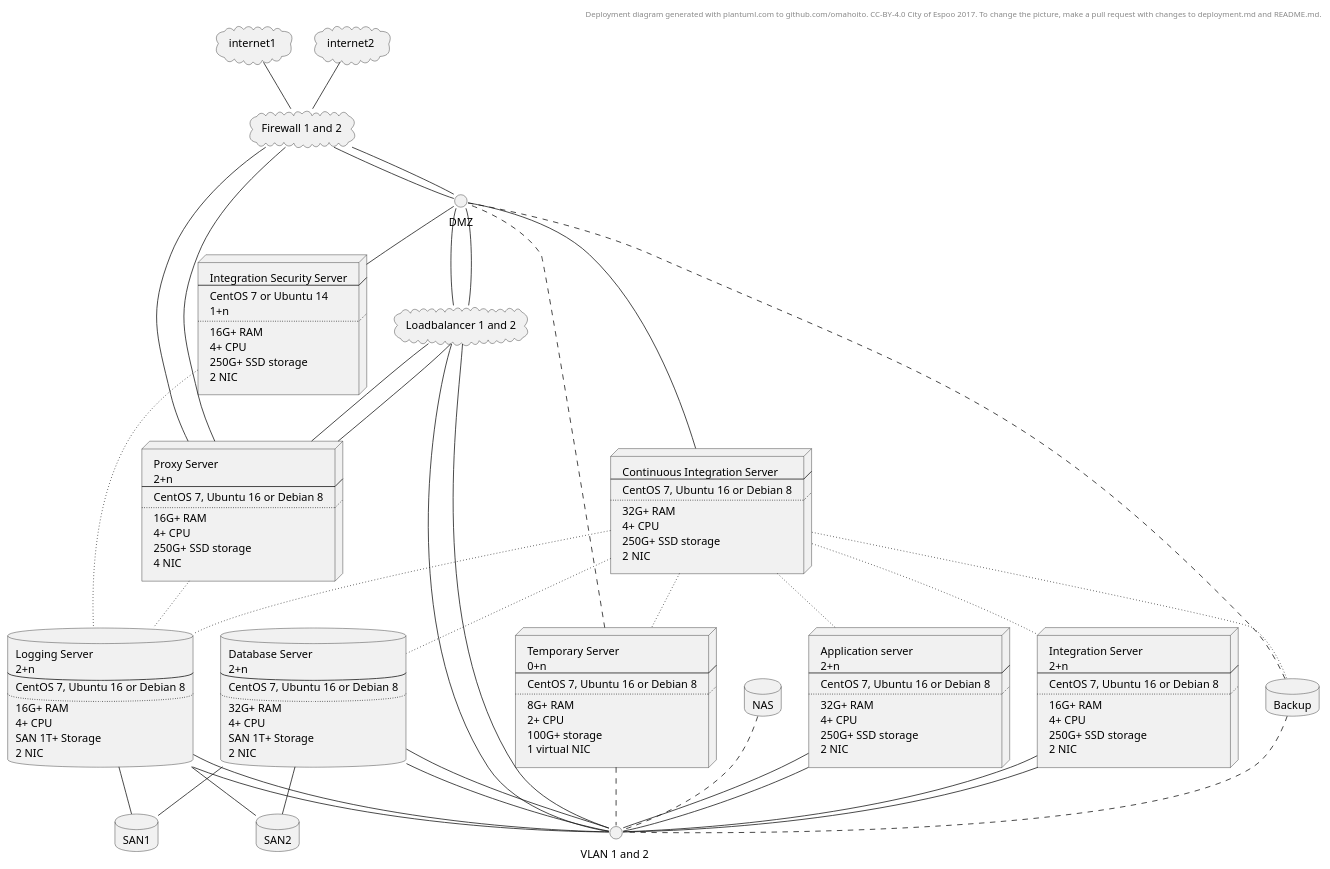
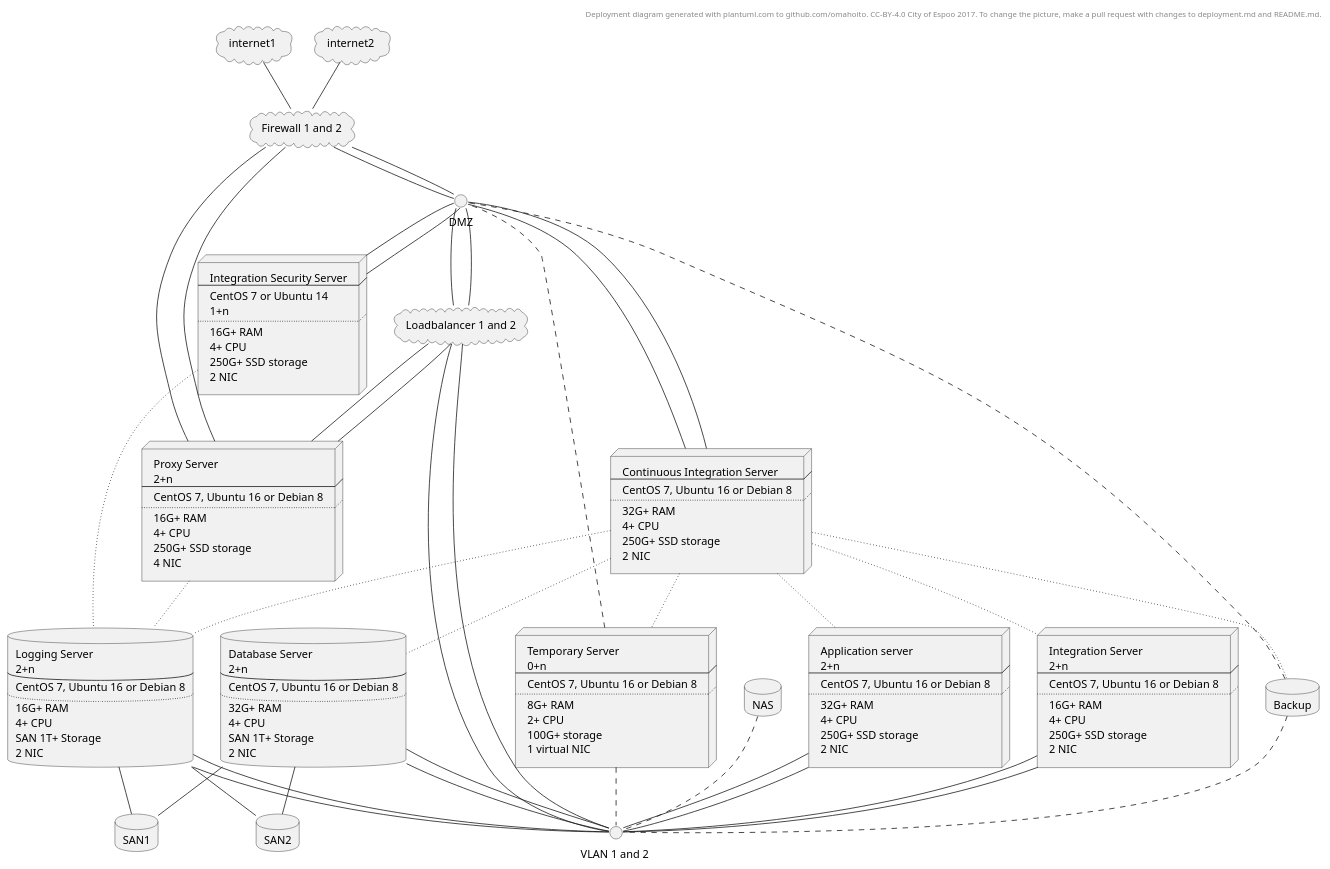
Before and after one commit to ruoat/definitions: the diagram in deployment.md, drawn with PlantUML.

```diff
--- a/deployment.md
+++ b/deployment.md
@@ -117,10 +117,12 @@
 
 
 DMZ -- nodeci
+DMZ -- nodeci
 firewall -- nodeproxy
 loadbalancer1 -- nodeproxy
 firewall -- nodeproxy
 loadbalancer1 -- nodeproxy
+DMZ -- nodeintegration1
 DMZ -- nodeintegration1
 nodeintegration1 ~~ logging1
 nodeproxy ~~ logging1
```
